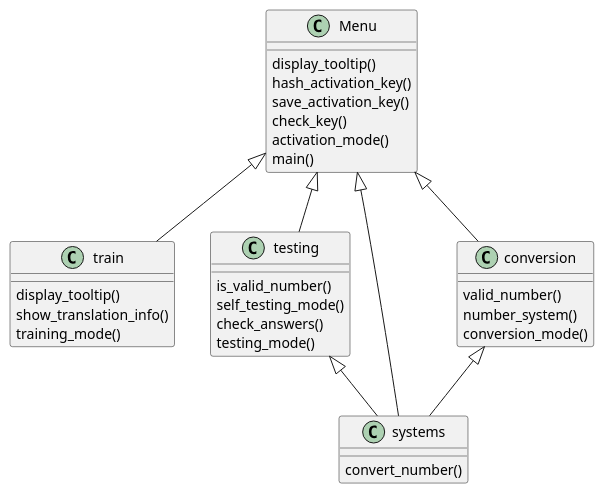
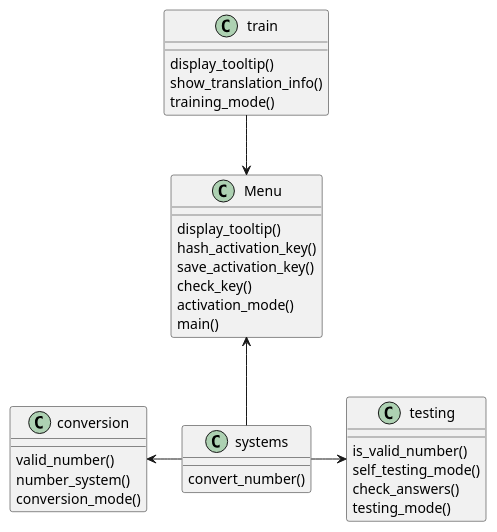
Before and after one commit to fratellou/Number_systems: the diagram in Class.puml, drawn with PlantUML. The commit also changed 7 other files, not shown here.

```diff
--- a/Class.puml
+++ b/Class.puml
@@ -1,41 +1,40 @@
 @startuml
 'https://plantuml.com/class-diagram
 
-Menu <|-- train
-Menu <|-- testing
-Menu <|-- systems
-Menu <|-- conversion
-conversion <|-- systems
-testing  <|-- systems
 class train {
 display_tooltip()
 show_translation_info()
 training_mode()
 }
 
 class Menu {
 display_tooltip()
  hash_activation_key()
  save_activation_key()
  check_key()
  activation_mode()
  main()
 }
 
 class testing {
 is_valid_number()
 self_testing_mode()
  check_answers()
  testing_mode()
 }
 
 class systems {
 convert_number()
 }
 
 class conversion {
  valid_number()
  number_system()
  conversion_mode()
 }
+
+train -down-> Menu
+systems --right--> testing
+systems --left--> conversion
+Menu <-down- systems
 @enduml
```
